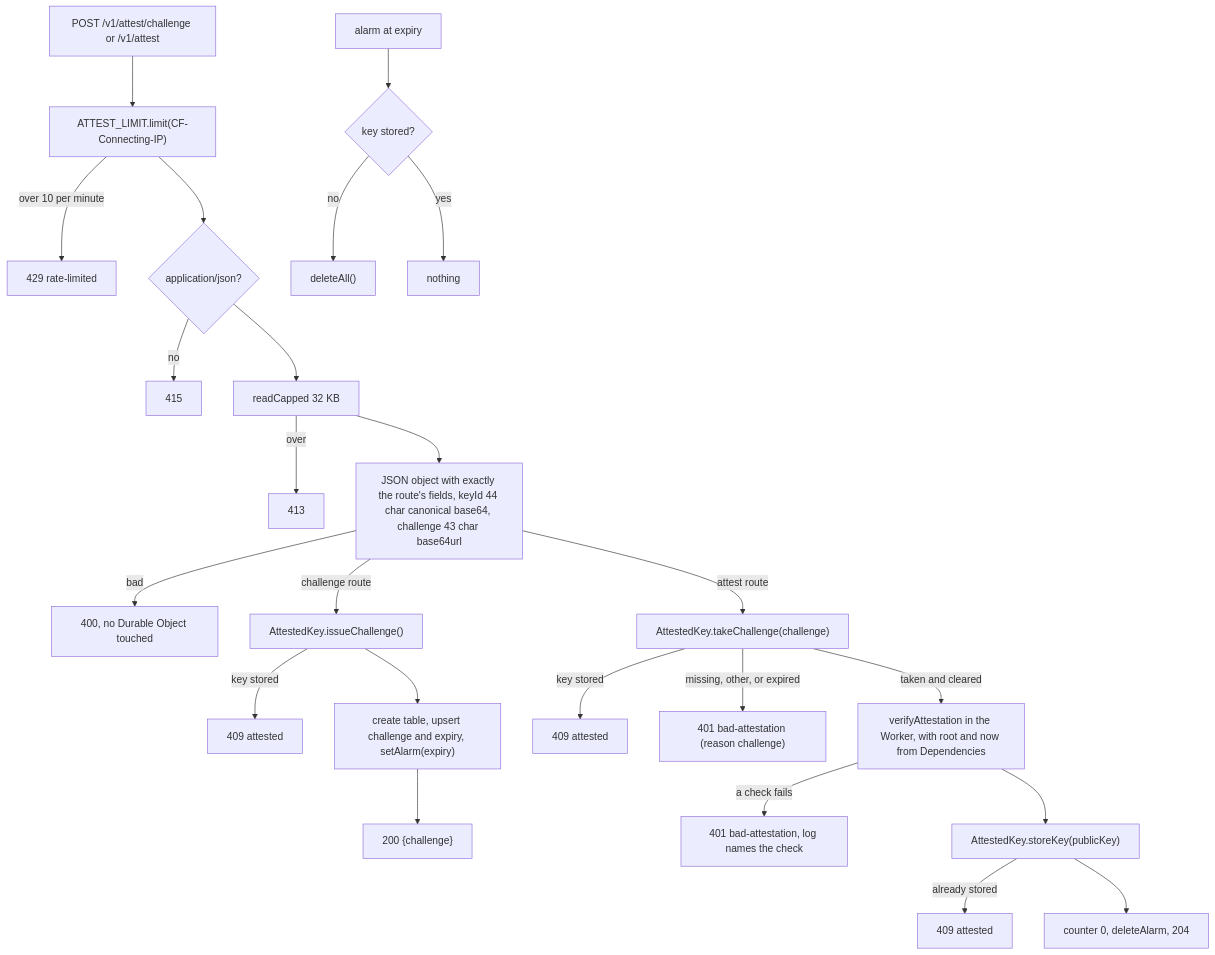
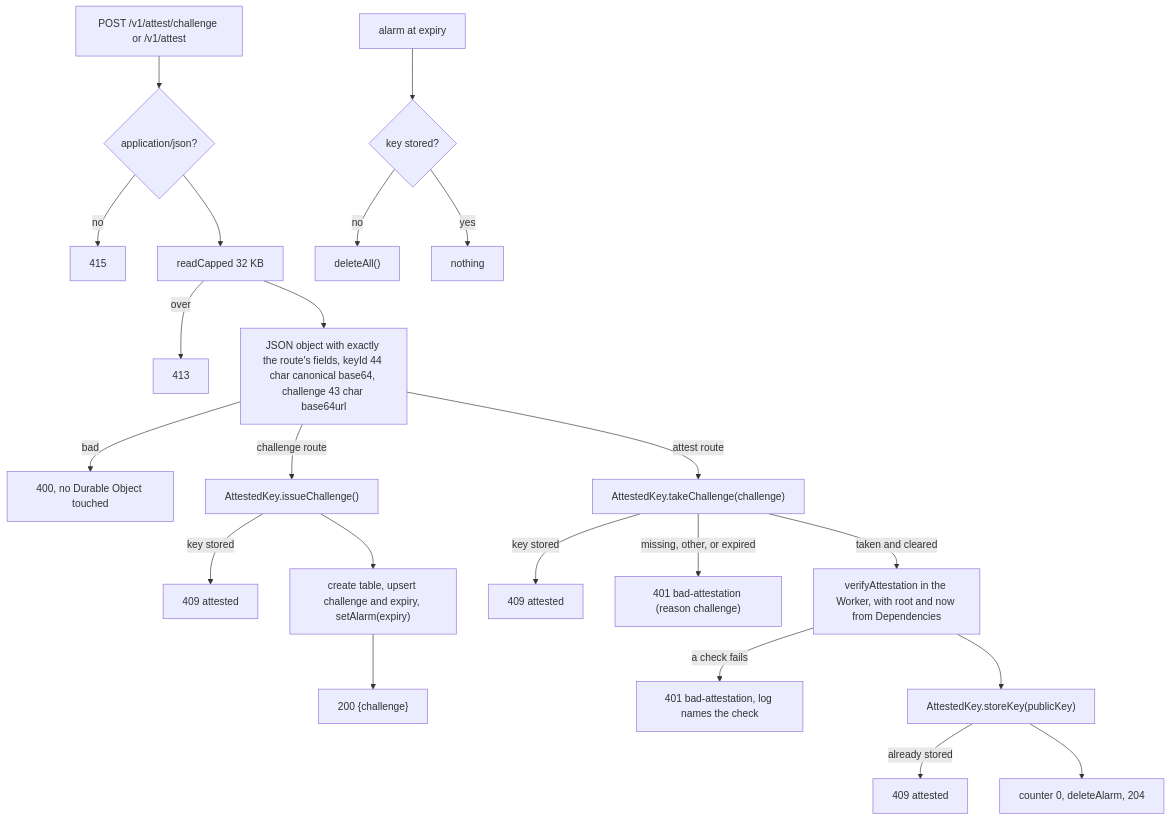
One commit to Krutik460/Widgie changed the third of 7 diagrams in docs/pr/23-phase-2b-b2.md. Above: the diagram before and after it, drawn with Mermaid. The commit also changed other lines of this file and 22 other files, not shown here.

````diff
--- a/docs/pr/23-phase-2b-b2.md
+++ b/docs/pr/23-phase-2b-b2.md
@@ -102,26 +113,24 @@
 ```mermaid
 flowchart TD
-  REQ["POST /v1/attest/challenge or /v1/attest"] --> RL["ATTEST_LIMIT.limit(CF-Connecting-IP)"]
-  RL -->|"over 10 per minute"| R429["429 rate-limited"]
-  RL --> CT{"application/json?"}
+  REQ["POST /v1/attest/challenge or /v1/attest"] --> CT{"application/json?"}
   CT -->|"no"| R415["415"]
   CT --> CAP["readCapped 32 KB"]
   CAP -->|"over"| R413["413"]
   CAP --> FIELDS["JSON object with exactly the route's fields, keyId 44 char canonical base64, challenge 43 char base64url"]
   FIELDS -->|"bad"| R400["400, no Durable Object touched"]
   FIELDS -->|"challenge route"| ISSUE["AttestedKey.issueChallenge()"]
   ISSUE -->|"key stored"| R409a["409 attested"]
   ISSUE --> STORE1["create table, upsert challenge and expiry, setAlarm(expiry)"]
   STORE1 --> R200["200 {challenge}"]
   FIELDS -->|"attest route"| TAKE["AttestedKey.takeChallenge(challenge)"]
   TAKE -->|"key stored"| R409b["409 attested"]
   TAKE -->|"missing, other, or expired"| R401c["401 bad-attestation (reason challenge)"]
   TAKE -->|"taken and cleared"| VERIFY["verifyAttestation in the Worker, with root and now from Dependencies"]
   VERIFY -->|"a check fails"| R401v["401 bad-attestation, log names the check"]
   VERIFY --> SK["AttestedKey.storeKey(publicKey)"]
   SK -->|"already stored"| R409c["409 attested"]
   SK --> DONE["counter 0, deleteAlarm, 204"]
   ALARM["alarm at expiry"] --> CLEAN{"key stored?"}
   CLEAN -->|"no"| DEL["deleteAll()"]
   CLEAN -->|"yes"| KEEP["nothing"]
 ```
````
